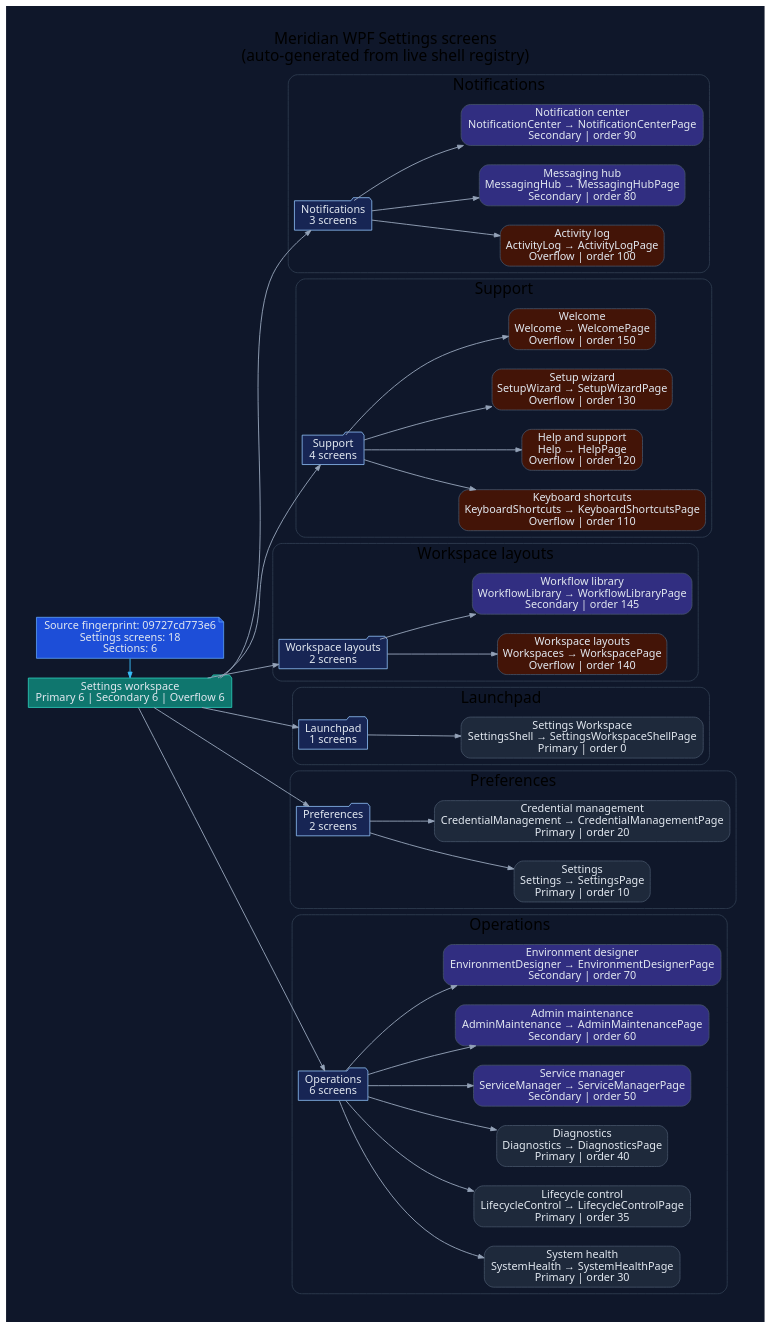
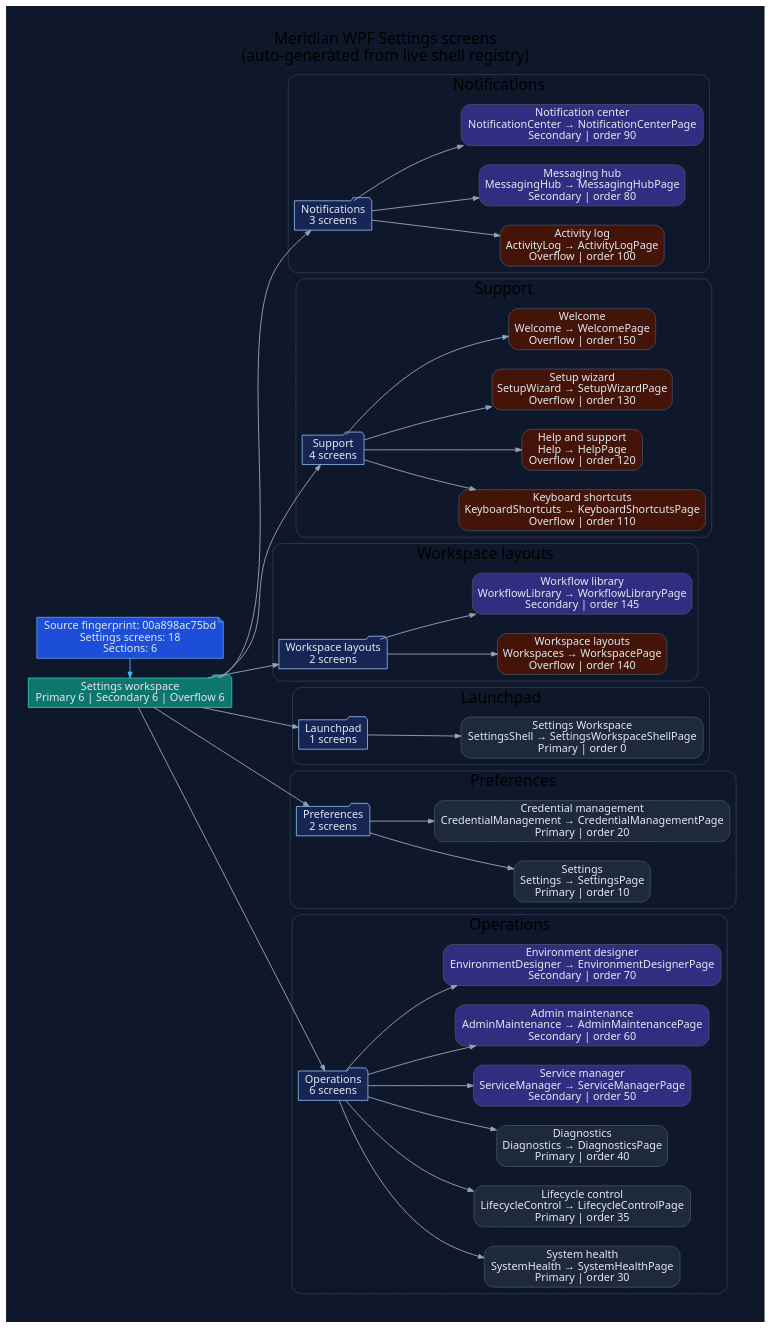
Before and after one commit to rodoHasArrived/Meridian-main: the diagram in docs/diagrams/ui-wpf-screens-settings.dot, drawn with Graphviz. The commit also changed 62 other files, not shown here.

```diff
--- a/docs/diagrams/ui-wpf-screens-settings.dot
+++ b/docs/diagrams/ui-wpf-screens-settings.dot
@@ -1,110 +1,110 @@
 // -----------------------------------------------------------------------------
 // <auto-generated>
 // Generated by scripts/generate-diagrams.mjs.
 // Do not edit this file directly; update the WPF source files instead.
 // -----------------------------------------------------------------------------
 digraph WpfSettingsScreens {
   graph [
     rankdir=LR,
     labelloc=t,
     label="Meridian WPF Settings screens\n(auto-generated from live shell registry)",
     fontname="Segoe UI",
     fontsize=20,
     pad=0.4,
     nodesep=0.35,
     ranksep=0.85,
     bgcolor="#0f172a"
   ];
   node [fontname="Segoe UI", shape=box, style="rounded,filled", color="#475569", fontcolor="#e2e8f0", fillcolor="#1e293b"];
   edge [fontname="Segoe UI", color="#94a3b8", penwidth=1.2, arrowsize=0.75];
 
-  generated [shape=note, fillcolor="#1d4ed8", color="#60a5fa", label="Source fingerprint: 09727cd773e6\nSettings screens: 18\nSections: 6"];
+  generated [shape=note, fillcolor="#1d4ed8", color="#60a5fa", label="Source fingerprint: 00a898ac75bd\nSettings screens: 18\nSections: 6"];
   workspace [shape=folder, fillcolor="#0f766e", color="#2dd4bf", label="Settings workspace\nPrimary 6 | Secondary 6 | Overflow 6"];
   generated -> workspace [color="#38bdf8"];
 
   subgraph cluster_section_1 {
     label="Notifications";
     color="#334155";
     style="rounded";
     section_1 [shape=folder, fillcolor="#172554", color="#93c5fd", label="Notifications\n3 screens"];
     workspace -> section_1;
     screen_ActivityLog [fillcolor="#431407", label="Activity log\nActivityLog → ActivityLogPage\nOverflow | order 100"];
     section_1 -> screen_ActivityLog;
     screen_MessagingHub [fillcolor="#312e81", label="Messaging hub\nMessagingHub → MessagingHubPage\nSecondary | order 80"];
     section_1 -> screen_MessagingHub;
     screen_NotificationCenter [fillcolor="#312e81", label="Notification center\nNotificationCenter → NotificationCenterPage\nSecondary | order 90"];
     section_1 -> screen_NotificationCenter;
   }
 
   subgraph cluster_section_2 {
     label="Support";
     color="#334155";
     style="rounded";
     section_2 [shape=folder, fillcolor="#172554", color="#93c5fd", label="Support\n4 screens"];
     workspace -> section_2;
     screen_KeyboardShortcuts [fillcolor="#431407", label="Keyboard shortcuts\nKeyboardShortcuts → KeyboardShortcutsPage\nOverflow | order 110"];
     section_2 -> screen_KeyboardShortcuts;
     screen_Help [fillcolor="#431407", label="Help and support\nHelp → HelpPage\nOverflow | order 120"];
     section_2 -> screen_Help;
     screen_SetupWizard [fillcolor="#431407", label="Setup wizard\nSetupWizard → SetupWizardPage\nOverflow | order 130"];
     section_2 -> screen_SetupWizard;
     screen_Welcome [fillcolor="#431407", label="Welcome\nWelcome → WelcomePage\nOverflow | order 150"];
     section_2 -> screen_Welcome;
   }
 
   subgraph cluster_section_3 {
     label="Workspace layouts";
     color="#334155";
     style="rounded";
     section_3 [shape=folder, fillcolor="#172554", color="#93c5fd", label="Workspace layouts\n2 screens"];
     workspace -> section_3;
     screen_Workspaces [fillcolor="#431407", label="Workspace layouts\nWorkspaces → WorkspacePage\nOverflow | order 140"];
     section_3 -> screen_Workspaces;
     screen_WorkflowLibrary [fillcolor="#312e81", label="Workflow library\nWorkflowLibrary → WorkflowLibraryPage\nSecondary | order 145"];
     section_3 -> screen_WorkflowLibrary;
   }
 
   subgraph cluster_section_4 {
     label="Launchpad";
     color="#334155";
     style="rounded";
     section_4 [shape=folder, fillcolor="#172554", color="#93c5fd", label="Launchpad\n1 screens"];
     workspace -> section_4;
     screen_SettingsShell [fillcolor="#1e293b", label="Settings Workspace\nSettingsShell → SettingsWorkspaceShellPage\nPrimary | order 0"];
     section_4 -> screen_SettingsShell;
   }
 
   subgraph cluster_section_5 {
     label="Preferences";
     color="#334155";
     style="rounded";
     section_5 [shape=folder, fillcolor="#172554", color="#93c5fd", label="Preferences\n2 screens"];
     workspace -> section_5;
     screen_Settings [fillcolor="#1e293b", label="Settings\nSettings → SettingsPage\nPrimary | order 10"];
     section_5 -> screen_Settings;
     screen_CredentialManagement [fillcolor="#1e293b", label="Credential management\nCredentialManagement → CredentialManagementPage\nPrimary | order 20"];
     section_5 -> screen_CredentialManagement;
   }
 
   subgraph cluster_section_6 {
     label="Operations";
     color="#334155";
     style="rounded";
     section_6 [shape=folder, fillcolor="#172554", color="#93c5fd", label="Operations\n6 screens"];
     workspace -> section_6;
     screen_SystemHealth [fillcolor="#1e293b", label="System health\nSystemHealth → SystemHealthPage\nPrimary | order 30"];
     section_6 -> screen_SystemHealth;
     screen_LifecycleControl [fillcolor="#1e293b", label="Lifecycle control\nLifecycleControl → LifecycleControlPage\nPrimary | order 35"];
     section_6 -> screen_LifecycleControl;
     screen_Diagnostics [fillcolor="#1e293b", label="Diagnostics\nDiagnostics → DiagnosticsPage\nPrimary | order 40"];
     section_6 -> screen_Diagnostics;
     screen_ServiceManager [fillcolor="#312e81", label="Service manager\nServiceManager → ServiceManagerPage\nSecondary | order 50"];
     section_6 -> screen_ServiceManager;
     screen_AdminMaintenance [fillcolor="#312e81", label="Admin maintenance\nAdminMaintenance → AdminMaintenancePage\nSecondary | order 60"];
     section_6 -> screen_AdminMaintenance;
     screen_EnvironmentDesigner [fillcolor="#312e81", label="Environment designer\nEnvironmentDesigner → EnvironmentDesignerPage\nSecondary | order 70"];
     section_6 -> screen_EnvironmentDesigner;
   }
 
   { rank=min; generated; workspace; }
 }
```
